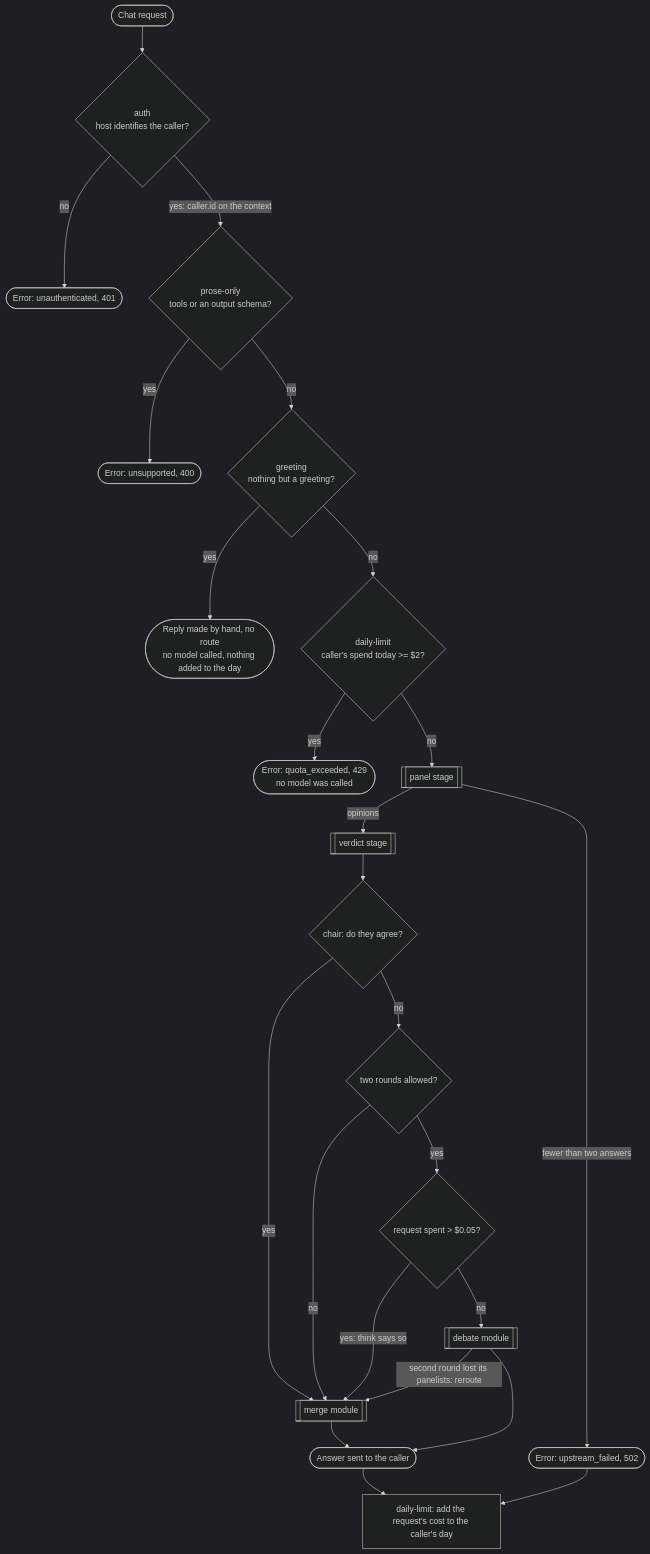
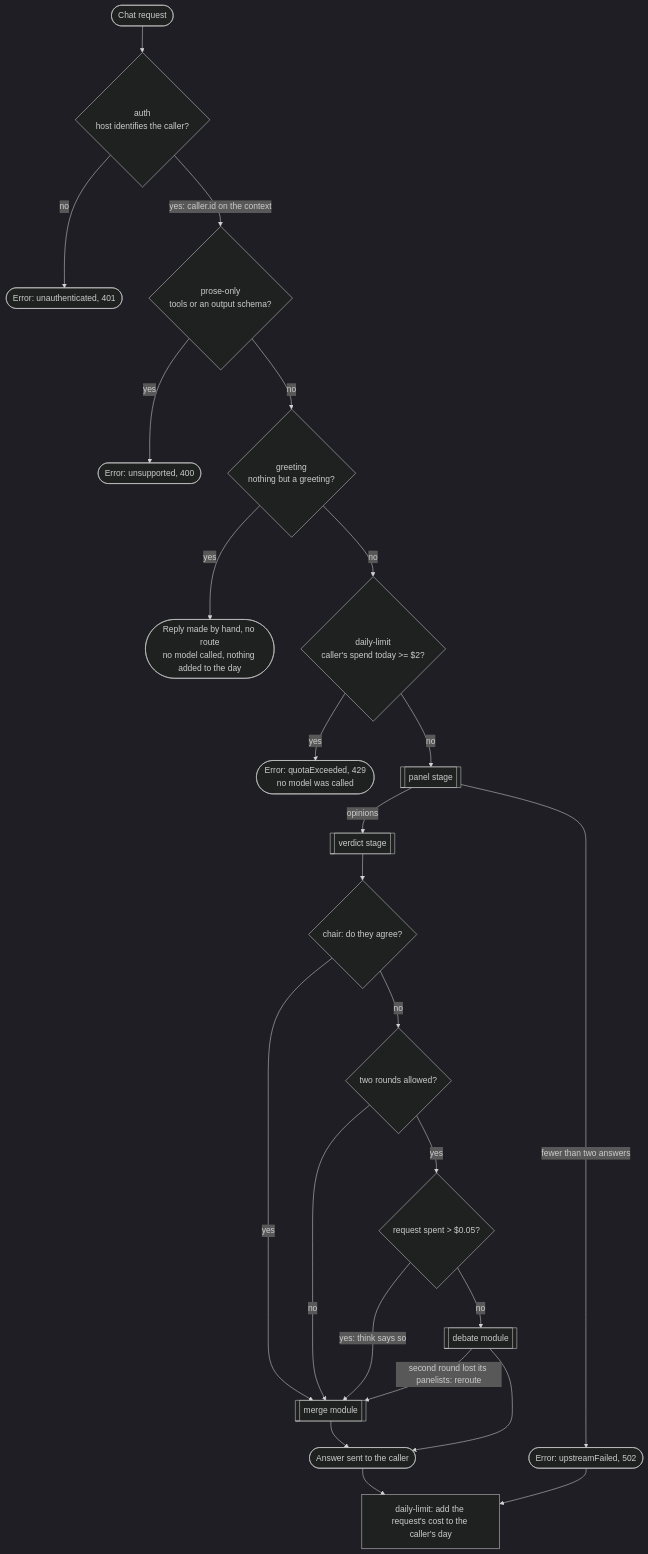
One commit to skrrt-sh/motty-sdk changed the first of 3 diagrams in examples/council/README.md. Above: the diagram before and after it, drawn with Mermaid (dark theme). The commit also changed other lines of this file and 184 other files, not shown here.

````diff
--- a/examples/council/README.md
+++ b/examples/council/README.md
@@ -15,28 +15,28 @@
 ```mermaid
 flowchart TD
   request([Chat request]) --> auth{"auth<br/>host identifies the caller?"}
   auth -- no --> rejected(["Error: unauthenticated, 401"])
   auth -- "yes: caller.id on the context" --> prose{"prose-only<br/>tools or an output schema?"}
   prose -- yes --> unsupported(["Error: unsupported, 400"])
   prose -- no --> hello{"greeting<br/>nothing but a greeting?"}
   hello -- yes --> canned(["Reply made by hand, no route<br/>no model called, nothing added to the day"])
   hello -- no --> day{"daily-limit<br/>caller's spend today >= $2?"}
-  day -- yes --> quota(["Error: quota_exceeded, 429<br/>no model was called"])
+  day -- yes --> quota(["Error: quotaExceeded, 429<br/>no model was called"])
   day -- no --> panel[[panel stage]]
 
-  panel -- "fewer than two answers" --> failed(["Error: upstream_failed, 502"])
+  panel -- "fewer than two answers" --> failed(["Error: upstreamFailed, 502"])
   panel -- "opinions" --> verdict[[verdict stage]]
   verdict --> agreed{"chair: do they agree?"}
   agreed -- yes --> merge
   agreed -- no --> rounds{"two rounds allowed?"}
   rounds -- no --> merge
   rounds -- yes --> spent{"request spent > $0.05?"}
   spent -- "yes: think says so" --> merge
   spent -- no --> debate[[debate module]]
   debate -- "second round lost its panelists: reroute" --> merge[[merge module]]
 
   merge --> sent([Answer sent to the caller])
   debate --> sent
   sent --> spend["daily-limit: add the request's cost to the caller's day"]
   failed --> spend
 ```
````
